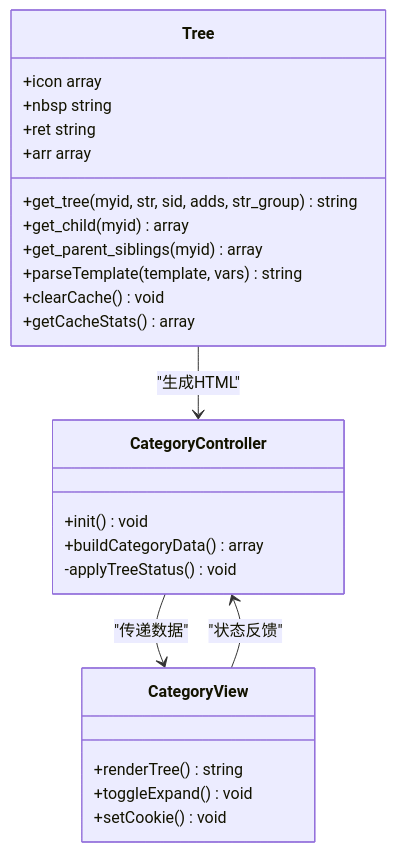
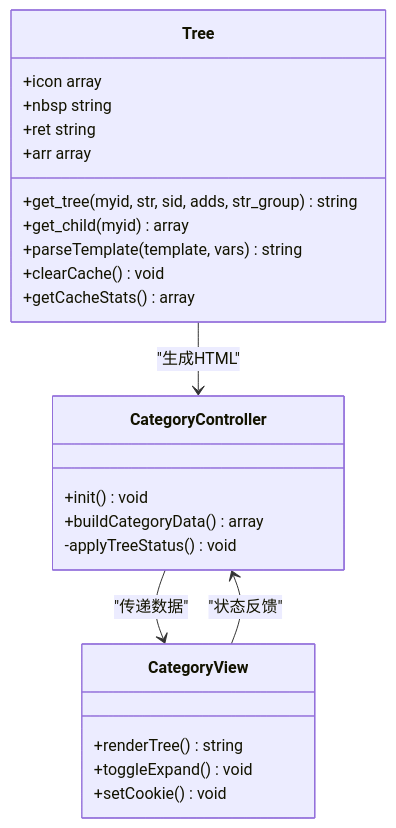
The fifth of 11 diagrams in .qoder/repowiki/zh/content/后台管理模块/分类管理/分类树形结构管理.md (lirongyaoper/lryblog.com), drawn with Mermaid before and after one commit. The commit also changed other lines of this file and 13 other files, not shown here.

````diff
--- a/.qoder/repowiki/zh/content/后台管理模块/分类管理/分类树形结构管理.md
+++ b/.qoder/repowiki/zh/content/后台管理模块/分类管理/分类树形结构管理.md
@@ -242,28 +204,27 @@
 ```mermaid
 classDiagram
 class Tree {
 +icon array
 +nbsp string
 +ret string
 +arr array
 +get_tree(myid, str, sid, adds, str_group) string
 +get_child(myid) array
-+get_parent_siblings(myid) array
 +parseTemplate(template, vars) string
 +clearCache() void
 +getCacheStats() array
 }
 class CategoryController {
 +init() void
 +buildCategoryData() array
 -applyTreeStatus() void
 }
 class CategoryView {
 +renderTree() string
 +toggleExpand() void
 +setCookie() void
 }
 Tree --> CategoryController : "生成HTML"
 CategoryController --> CategoryView : "传递数据"
 CategoryView --> CategoryController : "状态反馈"
 ```
````
